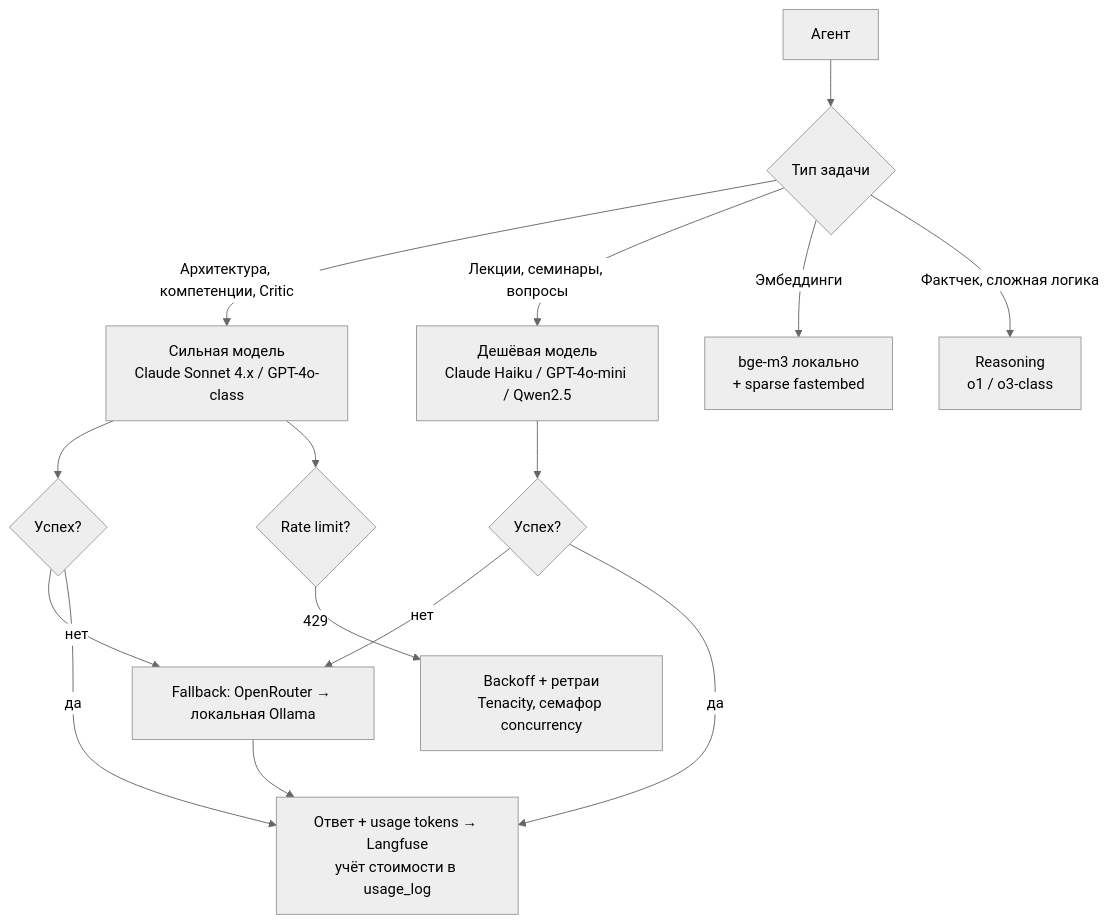
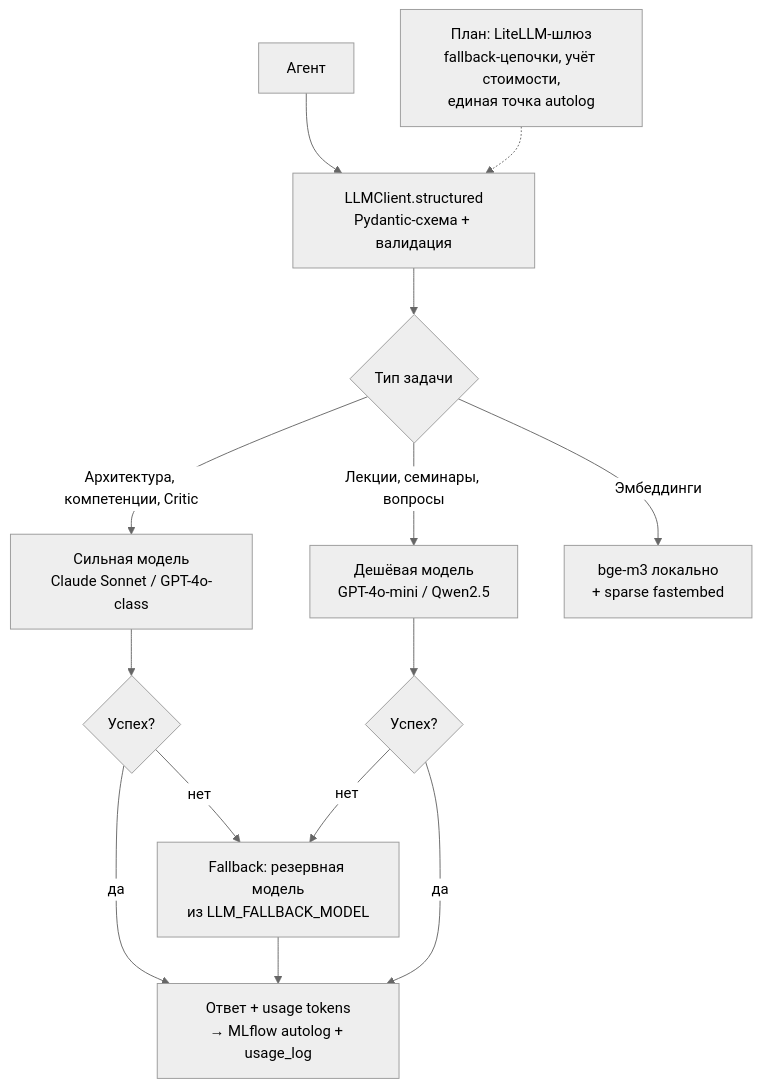
Before and after one commit to kostIT13/ai-agent-create-educational-programs: the diagram in diagrams/llm-router.mmd, drawn with Mermaid (neutral theme). The commit also changed 12 other files, not shown here.

Commit message:
update diagrams: add new pipeline, mcp, observability

```diff
--- a/diagrams/llm-router.mmd
+++ b/diagrams/llm-router.mmd
@@ -1,23 +1,24 @@
 %% ============================================================
-%% Диаграмма 6: LLM-роутер (LiteLLM) — иерархия моделей и fallback
+%% Диаграмма 6: LLM-клиент — иерархия моделей и fallback
+%% Сейчас: свой LLMClient (llm/client.py); LiteLLM — план (Этап 11)
 %% ============================================================
 flowchart TD
-    AG[Агент] --> T{Тип задачи}
+    AG[Агент] --> SO[LLMClient.structured<br/>Pydantic-схема + валидация]
 
-    T -->|Архитектура, компетенции, Critic| M1[Сильная модель<br/>Claude Sonnet 4.x / GPT-4o-class]
-    T -->|Лекции, семинары, вопросы| M2[Дешёвая модель<br/>Claude Haiku / GPT-4o-mini / Qwen2.5]
+    SO --> T{Тип задачи}
+    T -->|Архитектура, компетенции, Critic| M1[Сильная модель<br/>Claude Sonnet / GPT-4o-class]
+    T -->|Лекции, семинары, вопросы| M2[Дешёвая модель<br/>GPT-4o-mini / Qwen2.5]
     T -->|Эмбеддинги| M3[bge-m3 локально<br/>+ sparse fastembed]
-    T -->|Фактчек, сложная логика| M4[Reasoning<br/>o1 / o3-class]
 
     M1 --> F1{Успех?}
-    M1 --> F2{Rate limit?}
-    F1 -->|нет| FB[Fallback: OpenRouter → локальная Ollama]
-    F2 -->|429| W[Backoff + ретраи<br/>Tenacity, семафор concurrency]
+    F1 -->|нет| FB[Fallback: резервная модель<br/>из LLM_FALLBACK_MODEL]
+    F1 -->|да| OK
     FB --> OK
-    F1 -->|да| OK
 
-    M2 --> F3{Успех?}
-    F3 -->|нет| FB
-    F3 -->|да| OK
+    M2 --> F2{Успех?}
+    F2 -->|нет| FB
+    F2 -->|да| OK
 
-    OK[Ответ + usage tokens → Langfuse<br/>учёт стоимости в usage_log]
+    OK[Ответ + usage tokens<br/>→ MLflow autolog + usage_log]
+
+    GW[План: LiteLLM-шлюз<br/>fallback-цепочки, учёт стоимости,<br/>единая точка autolog] -.-> SO
```
